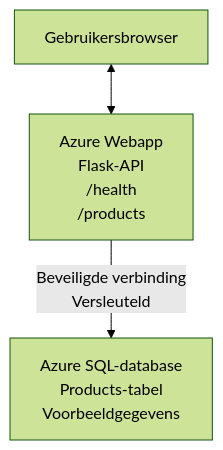
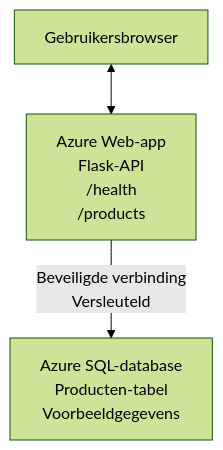
The diagram in translations/nl/examples/database-app/README.md (microsoft/AZD-for-beginners), drawn with Mermaid (forest theme) before and after one commit. The commit also changed other lines of this file and 104 other files, not shown here.

````diff
--- a/translations/nl/examples/database-app/README.md
+++ b/translations/nl/examples/database-app/README.md
@@ -72,5 +72,5 @@
 ```mermaid
 graph TD
-    Browser[Gebruikersbrowser] <--> WebApp[Azure Webapp<br/>Flask-API<br/>/health<br/>/products]
-    WebApp -- Beveiligde verbinding<br/>Versleuteld --> SQL[Azure SQL-database<br/>Products-tabel<br/>Voorbeeldgegevens]
+    Browser[Gebruikersbrowser] <--> WebApp[Azure Web-app<br/>Flask-API<br/>/health<br/>/products]
+    WebApp -- Beveiligde verbinding<br/>Versleuteld --> SQL[Azure SQL-database<br/>Producten-tabel<br/>Voorbeeldgegevens]
 ```
````
